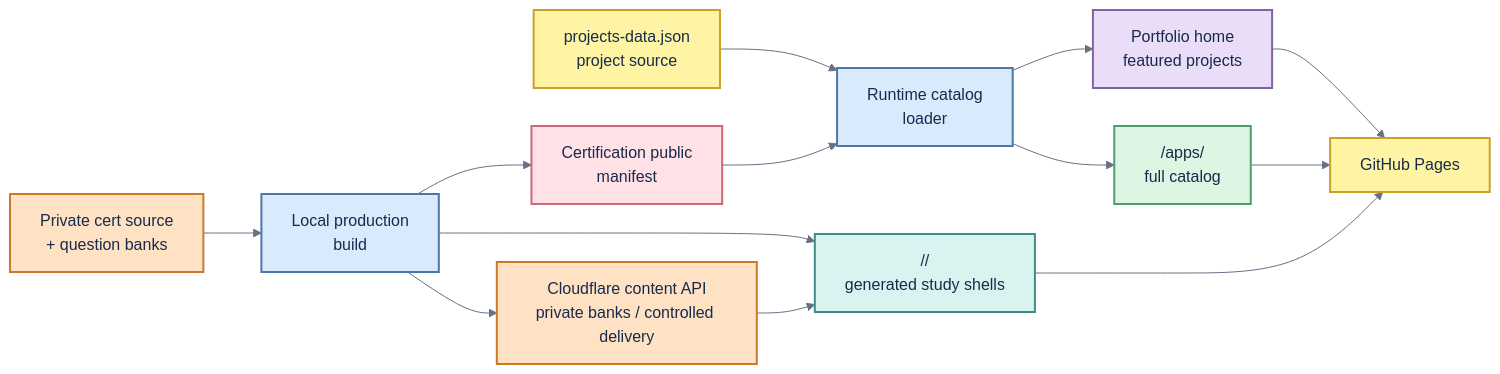
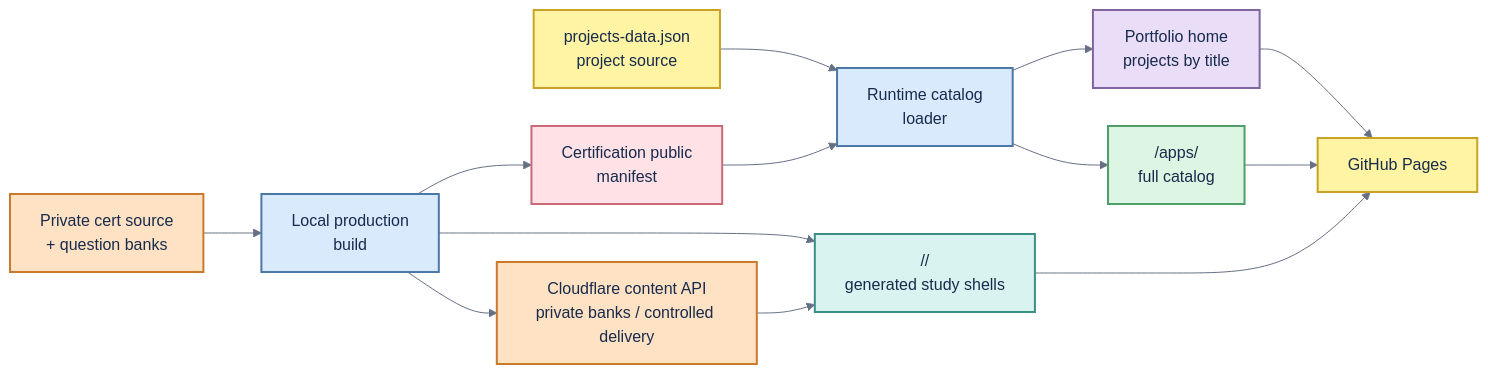
Before and after one commit to thangldw/thangldw.github.io: the diagram in README.md, drawn with Mermaid. The commit also changed other lines of this file, not shown here.

Commit message:
Align portfolio publishing instructions across the three README locales

````diff
--- a/README.md
+++ b/README.md
@@ -7,23 +7,23 @@
 ```mermaid
 %%{init: {"theme":"base","flowchart":{"curve":"basis","nodeSpacing":38,"rankSpacing":58},"themeVariables":{"background":"#F7F7F5","fontFamily":"Inter, Arial, sans-serif","lineColor":"#667085","primaryTextColor":"#172B4D"}}}%%
 flowchart LR
     PJ["projects-data.json<br/>project source"]:::yellow --> PL["Runtime catalog<br/>loader"]:::blue
     CM["Certification public<br/>manifest"]:::pink --> PL
-    PL --> H["Portfolio home<br/>featured projects"]:::purple
+    PL --> H["Portfolio home<br/>projects by title"]:::purple
     PL --> A["/apps/<br/>full catalog"]:::green
     CS["Private cert source<br/>+ question banks"]:::orange --> CB["Local production<br/>build"]:::blue
     CB --> CA["/<test>/<br/>generated study shells"]:::cyan
     CB --> CM
     CB --> API["Cloudflare content API<br/>private banks / controlled delivery"]:::orange
     API --> CA
     H --> GP["GitHub Pages"]:::yellow
     A --> GP
     CA --> GP
     classDef yellow fill:#FFF4A3,stroke:#C9A227,stroke-width:2px,color:#172B4D
     classDef blue fill:#D9EAFD,stroke:#4C78A8,stroke-width:2px,color:#172B4D
     classDef pink fill:#FFE1E6,stroke:#C96A7B,stroke-width:2px,color:#172B4D
     classDef purple fill:#E9DDF7,stroke:#8064A2,stroke-width:2px,color:#172B4D
     classDef green fill:#DDF5E3,stroke:#4F9D69,stroke-width:2px,color:#172B4D
     classDef orange fill:#FFE2C3,stroke:#C97A2B,stroke-width:2px,color:#172B4D
     classDef cyan fill:#D9F3F0,stroke:#3B8F87,stroke-width:2px,color:#172B4D
 ```
````
